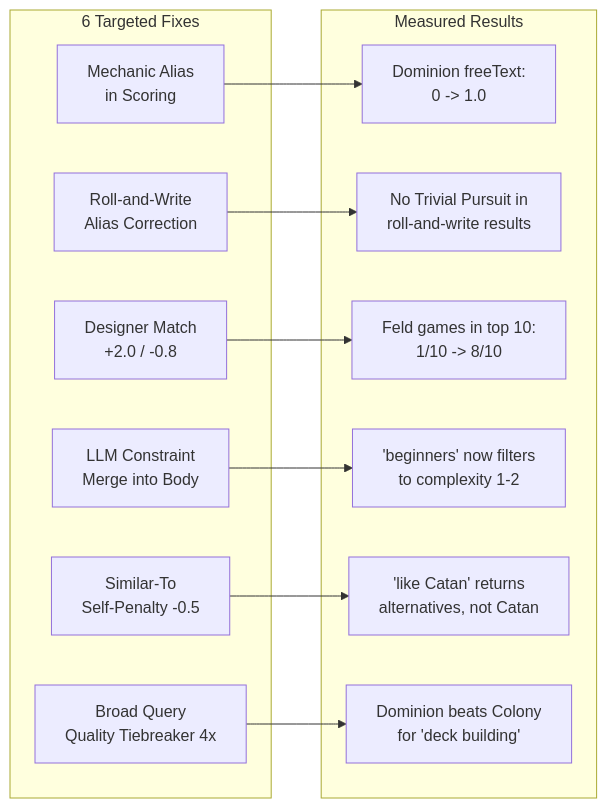
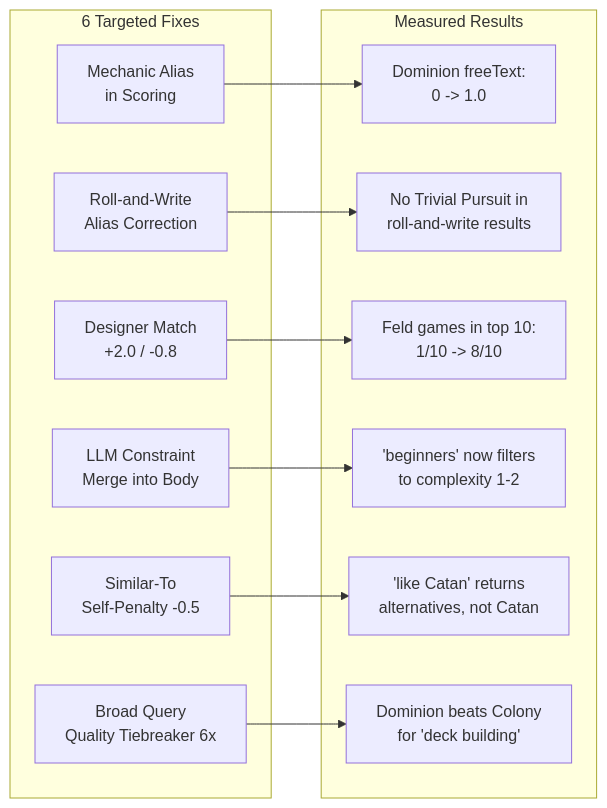
The tenth of 11 diagrams in docs/HACKMD-REVIEW.md (stopitdan/recommendagame), drawn with Mermaid before and after one commit. The commit also changed other lines of this file and 14 other files, not shown here.

````diff
--- a/docs/HACKMD-REVIEW.md
+++ b/docs/HACKMD-REVIEW.md
@@ -555,27 +584,27 @@
 ```mermaid
 flowchart LR
     subgraph Fixes["6 Targeted Fixes"]
         F1["Mechanic Alias<br/>in Scoring"]
         F2["Roll-and-Write<br/>Alias Correction"]
         F3["Designer Match<br/>+2.0 / -0.8"]
         F4["LLM Constraint<br/>Merge into Body"]
         F5["Similar-To<br/>Self-Penalty -0.5"]
-        F6["Broad Query<br/>Quality Tiebreaker 4x"]
+        F6["Broad Query<br/>Quality Tiebreaker 6x"]
     end
 
     subgraph Impact["Measured Results"]
         I1["Dominion freeText:<br/>0 -> 1.0"]
         I2["No Trivial Pursuit in<br/>roll-and-write results"]
         I3["Feld games in top 10:<br/>1/10 -> 8/10"]
         I4["'beginners' now filters<br/>to complexity 1-2"]
         I5["'like Catan' returns<br/>alternatives, not Catan"]
         I6["Dominion beats Colony<br/>for 'deck building'"]
     end
 
     F1 --> I1
     F2 --> I2
     F3 --> I3
     F4 --> I4
     F5 --> I5
     F6 --> I6
 ```
````
